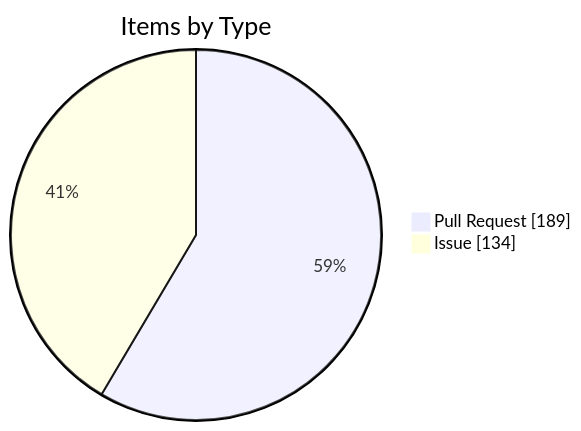
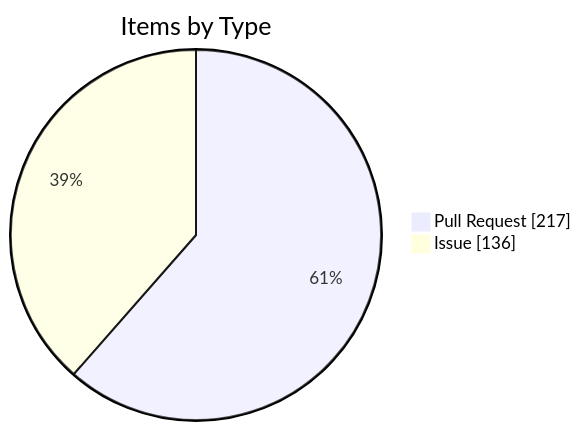
One commit to KBVE/kbve changed the fourth of 4 diagrams in apps/kbve/astro-kbve/src/content/docs/dashboard/kanban-data.mdx. Above: the diagram before and after it, drawn with Mermaid. The commit also changed other lines of this file and 4 other files, not shown here.

````diff
--- a/apps/kbve/astro-kbve/src/content/docs/dashboard/kanban-data.mdx
+++ b/apps/kbve/astro-kbve/src/content/docs/dashboard/kanban-data.mdx
@@ -116,6 +116,6 @@
 ```mermaid
 pie showData
     title Items by Type
-    "Pull Request" : 189
-    "Issue" : 134
+    "Pull Request" : 217
+    "Issue" : 136
 ```
````
